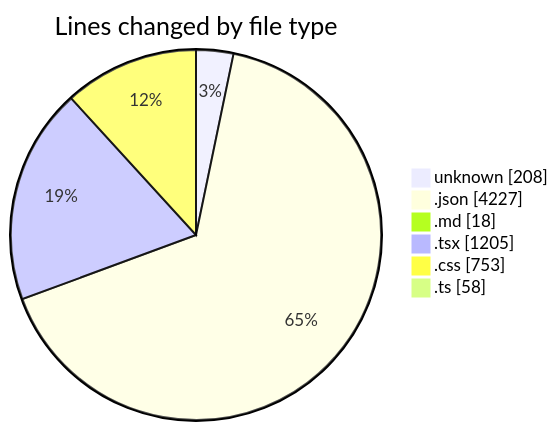
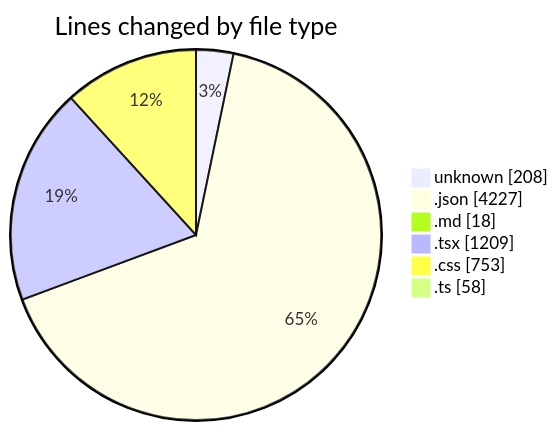
Before and after one commit to EIIisD/code-tracking: the first of 2 diagrams in 2025-08-07/ribbon/README.md, drawn with Mermaid. The commit also changed other lines of this file and 1 other file, not shown here.

````diff
--- a/2025-08-07/ribbon/README.md
+++ b/2025-08-07/ribbon/README.md
@@ -36,10 +36,10 @@
 ```mermaid
 pie showData
 title Lines changed by file type
 "unknown" : 208
 ".json" : 4227
 ".md" : 18
-".tsx" : 1205
+".tsx" : 1209
 ".css" : 753
 ".ts" : 58
 ```
````
